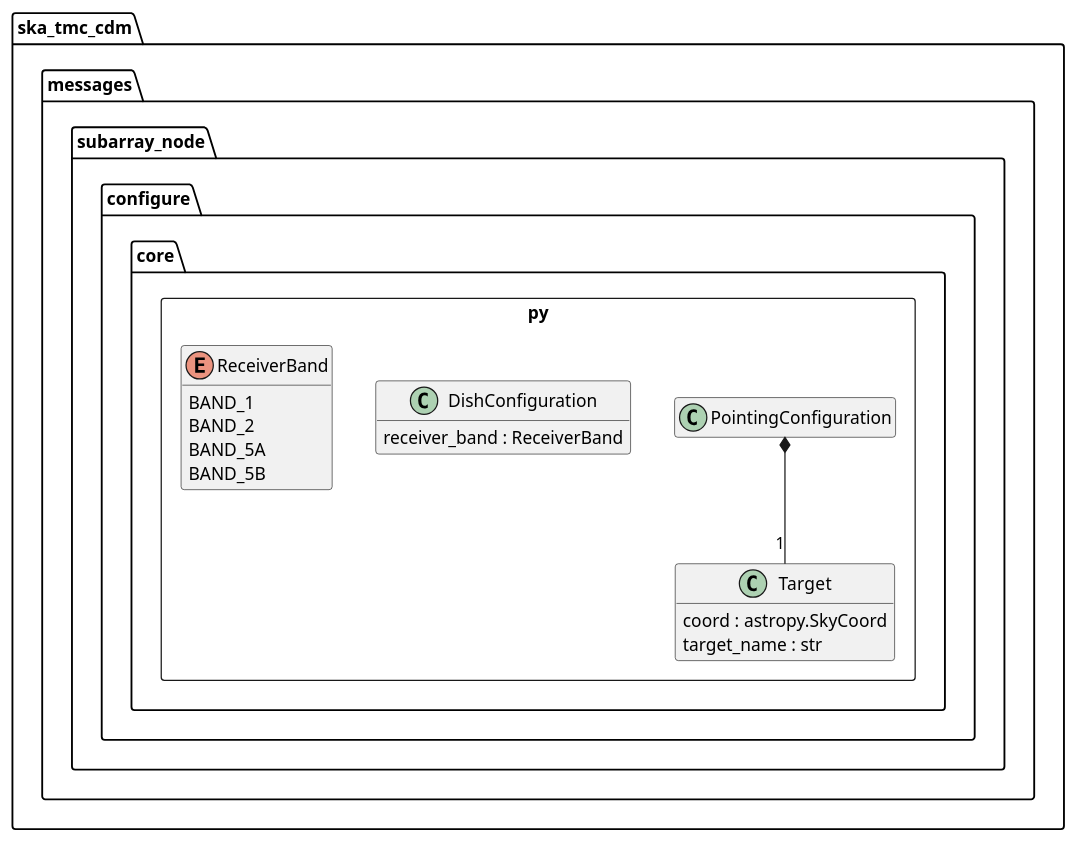
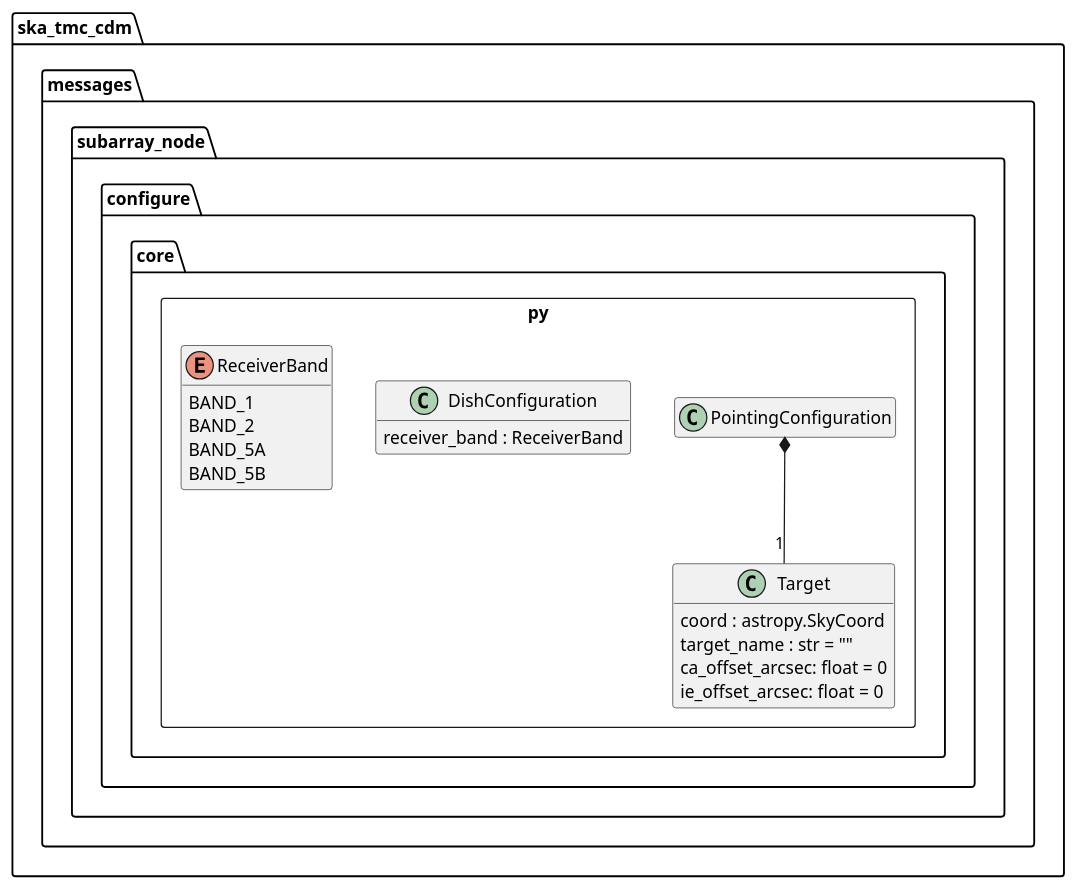
The diagram in docs/src/developer/subarraynode/core.puml (ska-telescope/cdm-shared-library), drawn with PlantUML before and after one commit. The commit also changed 3 other files, not shown here.

Commit message:
BTN-2053: Updates PUML class diagrams

```diff
--- a/docs/src/developer/subarraynode/core.puml
+++ b/docs/src/developer/subarraynode/core.puml
@@ -1,31 +1,33 @@
 @startuml
 hide empty members
 
 package ska_tmc_cdm.messages.subarray_node.configure {
 
 	package core.py <<Rectangle>> {
 
 		class Target {
 			coord : astropy.SkyCoord
-			target_name : str
+			target_name : str = ""
+			ca_offset_arcsec: float = 0
+			ie_offset_arcsec: float = 0
 		}
 
 		class PointingConfiguration
 		PointingConfiguration *-- "1" Target
 
 		class DishConfiguration {
-            receiver_band : ReceiverBand
+			receiver_band : ReceiverBand
 		}
 
 		enum ReceiverBand {
 			BAND_1
 			BAND_2
 			BAND_5A
 			BAND_5B
 		}
 
 	}
 
 }
 
 @enduml
```
